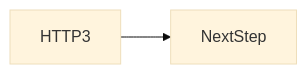
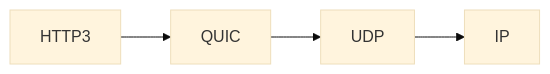
Before and after one commit to OmidJavaherii/Frontend-Engineering-Handbook: the second of 2 diagrams in docs/en/02-internet/http3/index.md, drawn with Mermaid (base theme). The commit also changed other lines of this file and 461 other files, not shown here.

````diff
--- a/docs/en/02-internet/http3/index.md
+++ b/docs/en/02-internet/http3/index.md
@@ -96,4 +106,4 @@
 ```mermaid
 flowchart LR
-  concept[HTTP3] --> nextStep[NextStep]
+  HTTP3 --> QUIC --> UDP --> IP
 ```
````
